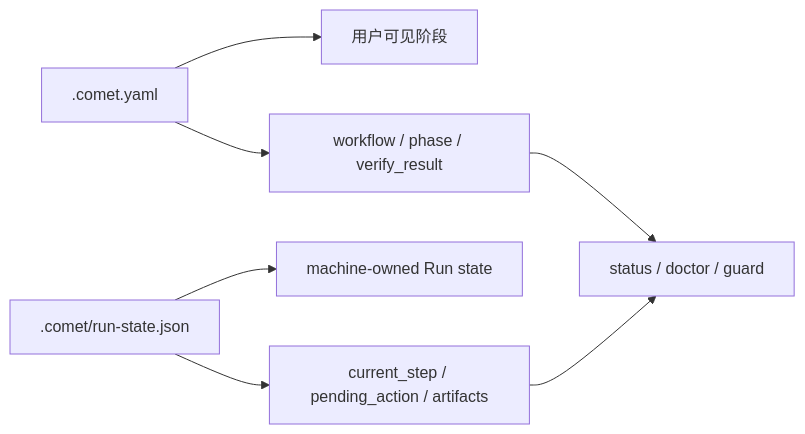
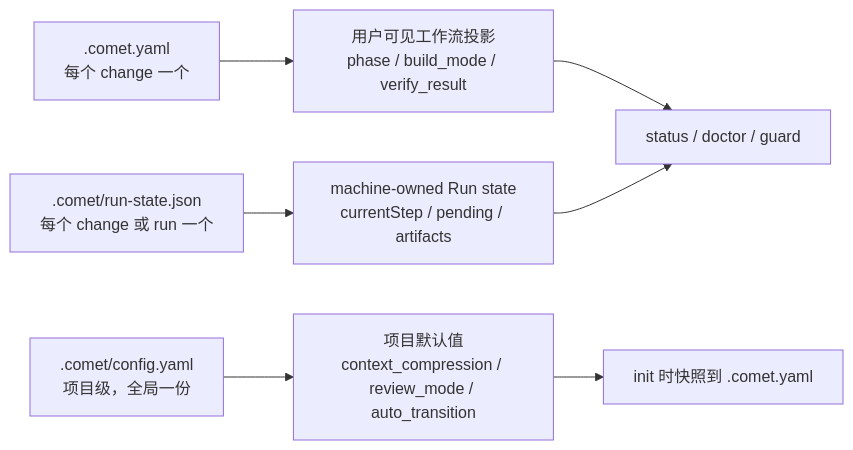
One commit to rpamis/comet-website-docs changed the diagram in zh/concepts/state-management.mdx. Above: the diagram before and after it, drawn with Mermaid. The commit also changed other lines of this file and 50 other files, not shown here.

````diff
--- a/zh/concepts/state-management.mdx
+++ b/zh/concepts/state-management.mdx
@@ -53,9 +10,9 @@
 ```mermaid
 flowchart LR
-  A[".comet.yaml"] --> B["用户可见阶段"]
-  A --> C["workflow / phase / verify_result"]
-  D[".comet/run-state.json"] --> E["machine-owned Run state"]
-  D --> F["current_step / pending_action / artifacts"]
-  C --> G["status / doctor / guard"]
-  F --> G
+  A[".comet.yaml<br/>每个 change 一个"] --> B["用户可见工作流投影<br/>phase / build_mode / verify_result"]
+  C[".comet/run-state.json<br/>每个 change 或 run 一个"] --> D["machine-owned Run state<br/>currentStep / pending / artifacts"]
+  E[".comet/config.yaml<br/>项目级，全局一份"] --> F["项目默认值<br/>context_compression / review_mode / auto_transition"]
+  B --> G["status / doctor / guard"]
+  D --> G
+  F --> H["init 时快照到 .comet.yaml"]
 ```
````
